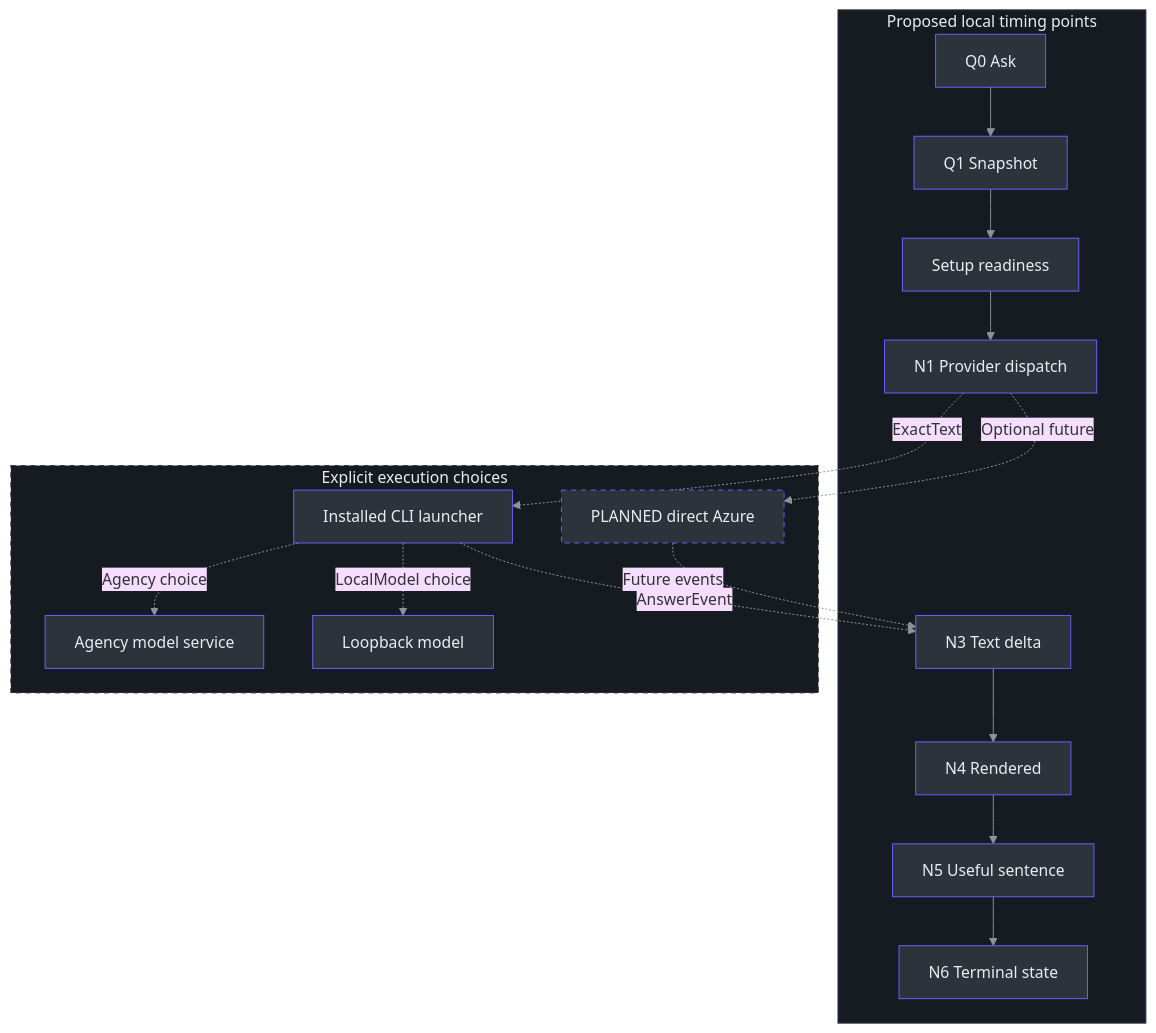
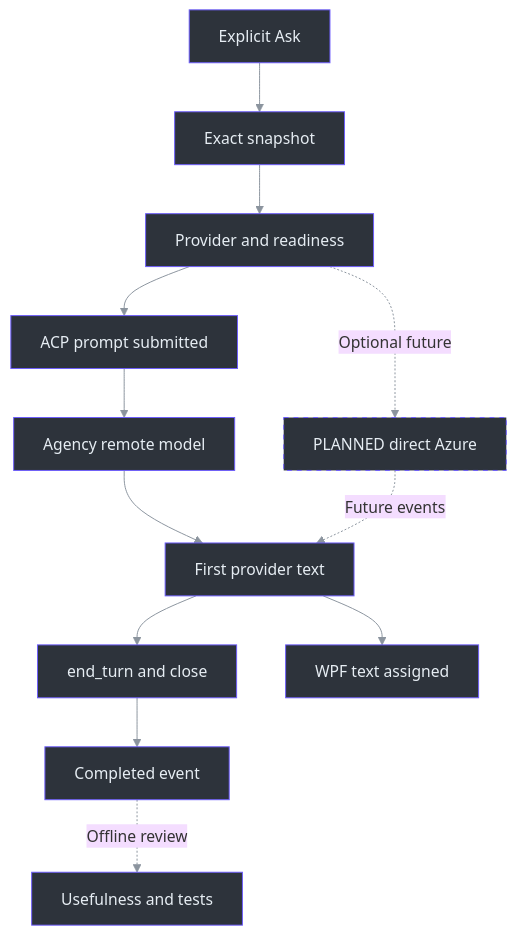
The first of 2 diagrams in docs/handbook/14-answer-latency-identity-and-privacy.md (Zanark/phantom-fudge), drawn with Mermaid before and after one commit. The commit also changed other lines of this file and 371 other files, not shown here.

````diff
--- a/docs/handbook/14-answer-latency-identity-and-privacy.md
+++ b/docs/handbook/14-answer-latency-identity-and-privacy.md
@@ -25,47 +25,35 @@
 ```mermaid
 ---
 config:
   theme: base
   themeVariables:
     lineColor: "#8b949e"
     textColor: "#e6edf3"
 ---
 flowchart TB
-    accTitle: Proposed timing around installed Agency prompting and PLANNED Azure
-    accDescr: Ask, snapshot, setup readiness, launcher dispatch, text and rendering are separate observation points. The successful Agency smoke records process elapsed time only, not these proposed GUI timing stages or a model benchmark.
-    subgraph Client["Proposed local timing points"]
-        Q0["Q0 Ask"] --> Q1["Q1 Snapshot"]
-        Q1 --> N0["Setup readiness"]
-        N0 --> N1["N1 Provider dispatch"]
-        N3["N3 Text delta"] --> N4["N4 Rendered"]
-        N4 --> N5["N5 Useful sentence"]
-        N5 --> N6["N6 Terminal state"]
-    end
-    subgraph Remote["Explicit execution choices"]
-        CLI["Installed CLI launcher"]
-        Cloud["Agency model service"]
-        LocalModel["Loopback model"]
-        Azure["PLANNED direct Azure"]
-    end
-    N1 -. ExactText .-> CLI
-    CLI -. Agency choice .-> Cloud
-    CLI -. LocalModel choice .-> LocalModel
-    CLI -. AnswerEvent .-> N3
-    N1 -. Optional future .-> Azure
+    accTitle: Provider timing is not WPF paint or useful-answer qualification
+    accDescr: Explicit Ask freezes text before provider work. ACP prompt submission, first text, acknowledged session close and WPF control assignment are distinct boundaries. Usefulness is scored separately; the H benchmark does not measure the UI or optional Azure path.
+    Q0["Explicit Ask"] --> Q1["Exact snapshot"]
+    Q1 --> N0["Provider and readiness"]
+    N0 --> N1["ACP prompt submitted"]
+    N1 --> Cloud["Agency remote model"]
+    Cloud --> N3["First provider text"]
+    N3 --> Close["end_turn and close"]
+    Close --> N6["Completed event"]
+    N3 --> N4["WPF text assigned"]
+    N6 -. Offline review .-> N5["Usefulness and tests"]
+    N0 -. Optional future .-> Azure["PLANNED direct Azure"]
     Azure -. Future events .-> N3
     style Q0 fill:#2d333b,stroke:#6d5dfc,color:#e6edf3
     style Q1 fill:#2d333b,stroke:#6d5dfc,color:#e6edf3
     style N0 fill:#2d333b,stroke:#6d5dfc,color:#e6edf3
     style N1 fill:#2d333b,stroke:#6d5dfc,color:#e6edf3
     style N3 fill:#2d333b,stroke:#6d5dfc,color:#e6edf3
     style N4 fill:#2d333b,stroke:#6d5dfc,color:#e6edf3
     style N5 fill:#2d333b,stroke:#6d5dfc,color:#e6edf3
     style N6 fill:#2d333b,stroke:#6d5dfc,color:#e6edf3
-    style CLI fill:#2d333b,stroke:#6d5dfc,color:#e6edf3
+    style Close fill:#2d333b,stroke:#6d5dfc,color:#e6edf3
     style Cloud fill:#2d333b,stroke:#6d5dfc,color:#e6edf3
-    style LocalModel fill:#2d333b,stroke:#6d5dfc,color:#e6edf3
     style Azure fill:#2d333b,stroke:#6d5dfc,color:#e6edf3,stroke-dasharray:5 5
-    style Client fill:#161b22,stroke:#30363d,color:#e6edf3
-    style Remote fill:#161b22,stroke:#30363d,color:#e6edf3,stroke-dasharray:5 5
     linkStyle default stroke:#8b949e
 ```
````
